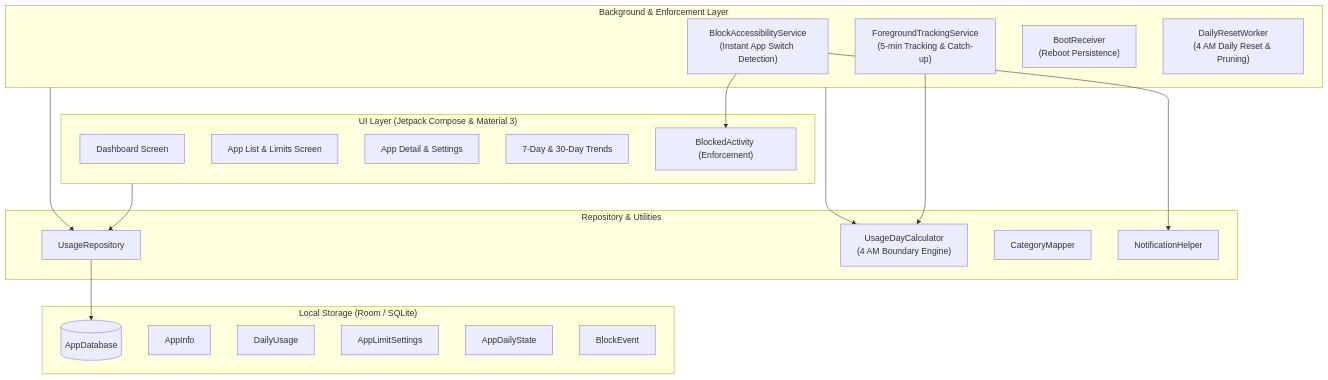
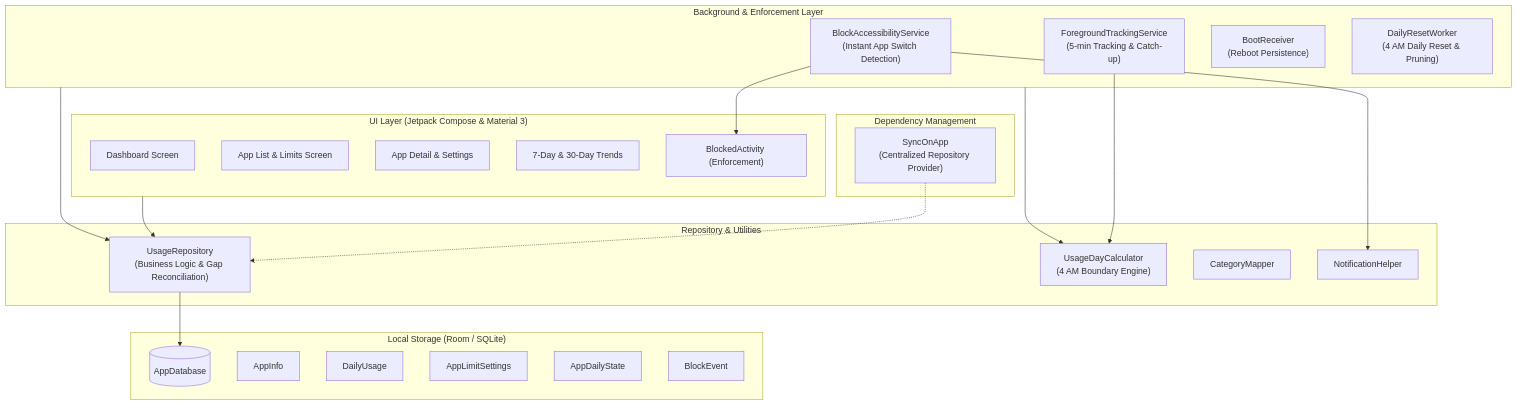
Before and after one commit to yushy07/syncon: the diagram in README.md, drawn with Mermaid. The commit also changed other lines of this file, not shown here.

Commit message:
docs: update README with testing suite, architecture details, schemas, and structure

````diff
--- a/README.md
+++ b/README.md
@@ -73,41 +78,46 @@
 ```mermaid
 graph TD
     subgraph UI ["UI Layer (Jetpack Compose & Material 3)"]
         Dashboard["Dashboard Screen"]
         AppList["App List & Limits Screen"]
         AppDetail["App Detail & Settings"]
         Trends["7-Day & 30-Day Trends"]
         BlockedUI["BlockedActivity (Enforcement)"]
     end
 
     subgraph Service ["Background & Enforcement Layer"]
         FGS["ForegroundTrackingService<br/>(5-min Tracking & Catch-up)"]
         A11Y["BlockAccessibilityService<br/>(Instant App Switch Detection)"]
         Boot["BootReceiver<br/>(Reboot Persistence)"]
         Worker["DailyResetWorker<br/>(4 AM Daily Reset & Pruning)"]
     end
 
+    subgraph Core ["Dependency Management"]
+        App["SyncOnApp<br/>(Centralized Repository Provider)"]
+    end
+
     subgraph Domain ["Repository & Utilities"]
-        Repo["UsageRepository"]
+        Repo["UsageRepository<br/>(Business Logic & Gap Reconciliation)"]
         DayCalc["UsageDayCalculator<br/>(4 AM Boundary Engine)"]
         CatMap["CategoryMapper"]
         Notif["NotificationHelper"]
     end
 
     subgraph Data ["Local Storage (Room / SQLite)"]
         DB[(AppDatabase)]
         AppInfoTbl["AppInfo"]
         DailyUsageTbl["DailyUsage"]
         LimitSettingsTbl["AppLimitSettings"]
         DailyStateTbl["AppDailyState"]
         BlockEventTbl["BlockEvent"]
     end
 
+    App -.-> Repo
     UI --> Repo
     Service --> Repo
     Service --> DayCalc
     Repo --> DB
     FGS --> DayCalc
     A11Y --> BlockedUI
     A11Y --> Notif
 ```
````
